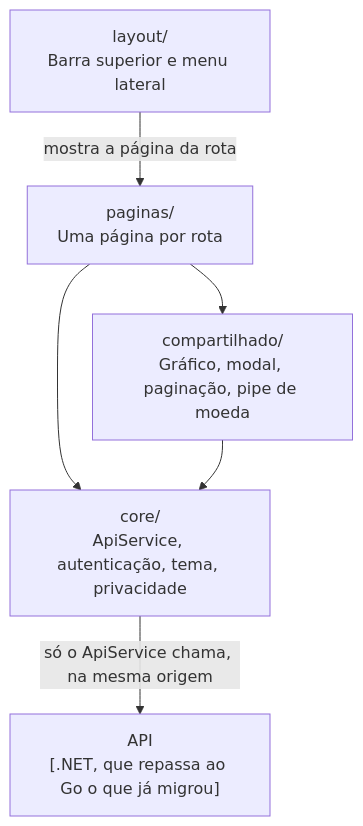
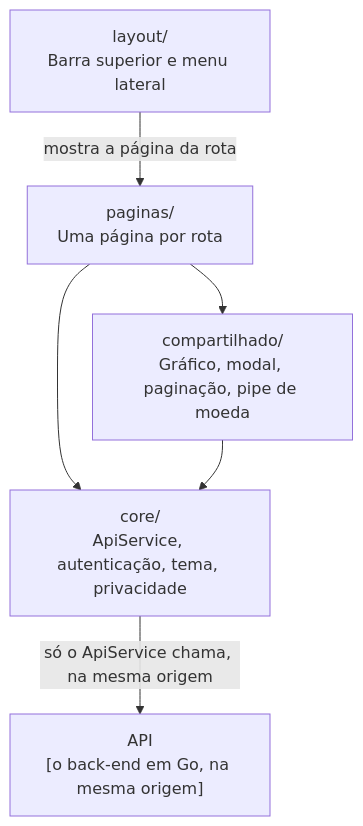
The sixth of 6 diagrams in docs/ARQUITETURA.md (LucasDesenvGit/financas-local), drawn with Mermaid before and after one commit. The commit also changed other lines of this file and 28 other files, not shown here.

````diff
--- a/docs/ARQUITETURA.md
+++ b/docs/ARQUITETURA.md
@@ -306,14 +271,14 @@
 ```mermaid
 flowchart TB
     layout["layout/<br/>Barra superior e menu lateral"]
     paginas["paginas/<br/>Uma página por rota"]
     compartilhado["compartilhado/<br/>Gráfico, modal, paginação, pipe de moeda"]
     core["core/<br/>ApiService, autenticação, tema, privacidade"]
-    api["API<br/>[.NET, que repassa ao Go o que já migrou]"]
+    api["API<br/>[o back-end em Go, na mesma origem]"]
 
     layout -- "mostra a página da rota" --> paginas
     paginas --> compartilhado
     paginas --> core
     compartilhado --> core
     core -- "só o ApiService chama, na mesma origem" --> api
 ```
````
